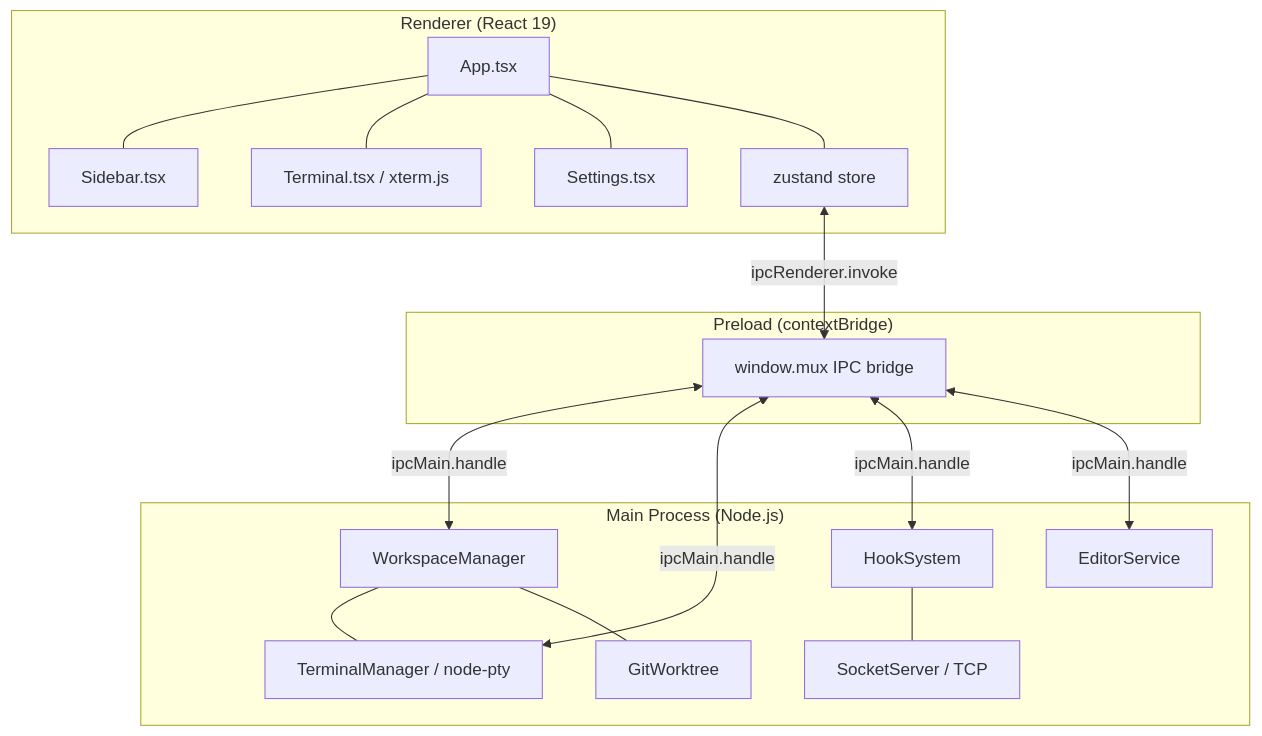
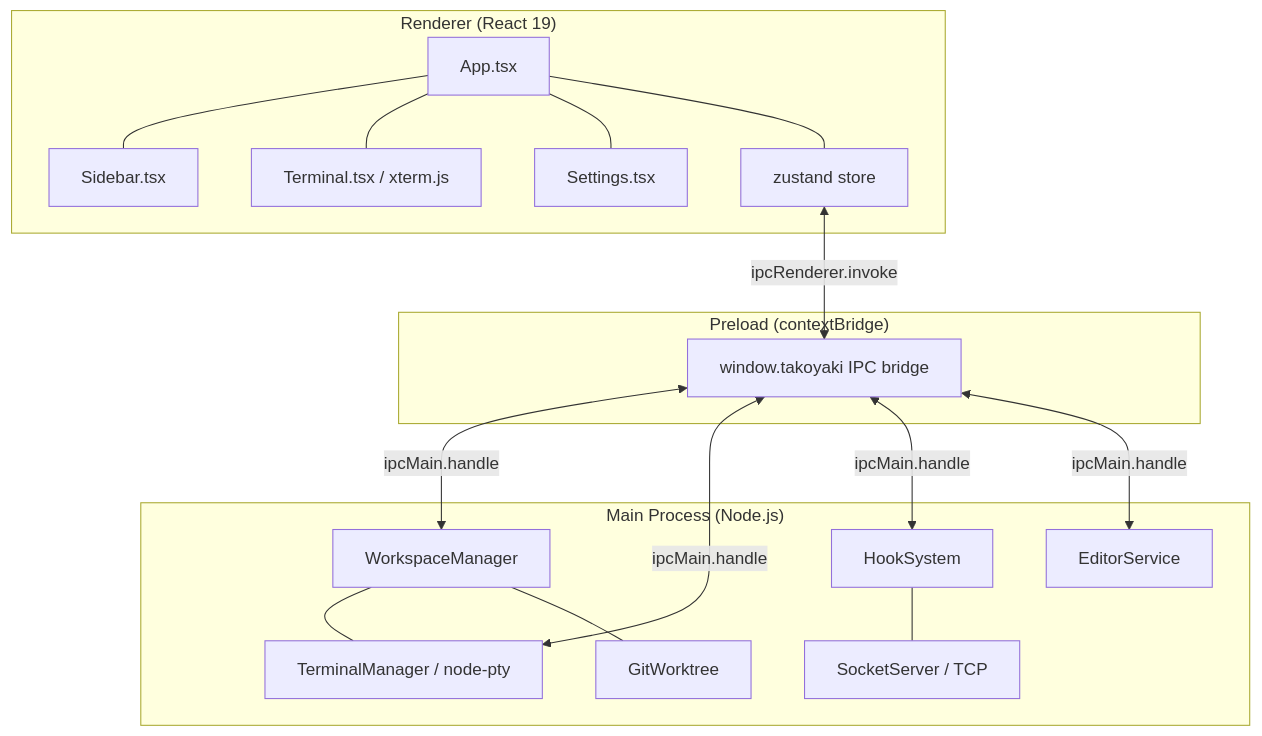
One commit to adikuma/takoyaki changed the first of 10 diagrams in docs/ARCHITECTURE.md. Above: the diagram before and after it, drawn with Mermaid. The commit also changed other lines of this file and 41 other files, not shown here.

````diff
--- a/docs/ARCHITECTURE.md
+++ b/docs/ARCHITECTURE.md
@@ -5,36 +5,36 @@
 ```mermaid
 graph TB
     subgraph Renderer["Renderer (React 19)"]
         App[App.tsx]
         Sidebar[Sidebar.tsx]
         Terminal[Terminal.tsx / xterm.js]
         Settings[Settings.tsx]
         Store[zustand store]
         App --- Sidebar
         App --- Terminal
         App --- Settings
         App --- Store
     end
 
     subgraph Preload["Preload (contextBridge)"]
-        Bridge[window.mux IPC bridge]
+        Bridge[window.takoyaki IPC bridge]
     end
 
     subgraph Main["Main Process (Node.js)"]
         WM[WorkspaceManager]
         TM[TerminalManager / node-pty]
         Hooks[HookSystem]
         Socket[SocketServer / TCP]
         Editor[EditorService]
         Git[GitWorktree]
         WM --- TM
         WM --- Git
         Hooks --- Socket
     end
 
     Store <-->|ipcRenderer.invoke| Bridge
     Bridge <-->|ipcMain.handle| WM
     Bridge <-->|ipcMain.handle| TM
     Bridge <-->|ipcMain.handle| Hooks
     Bridge <-->|ipcMain.handle| Editor
 ```
````
